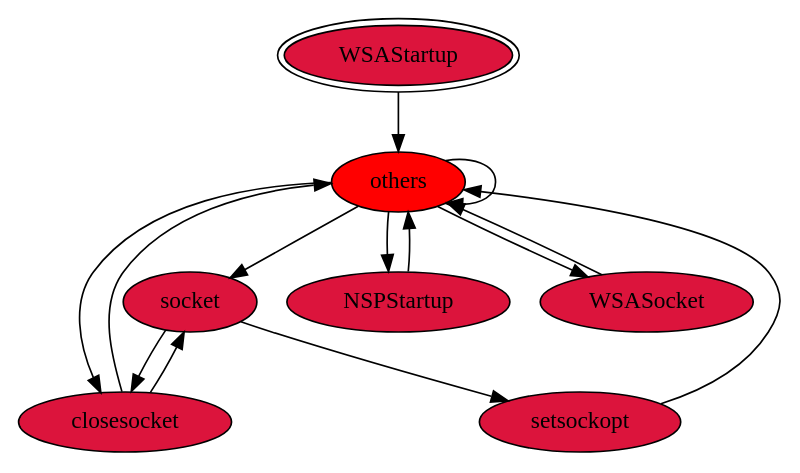
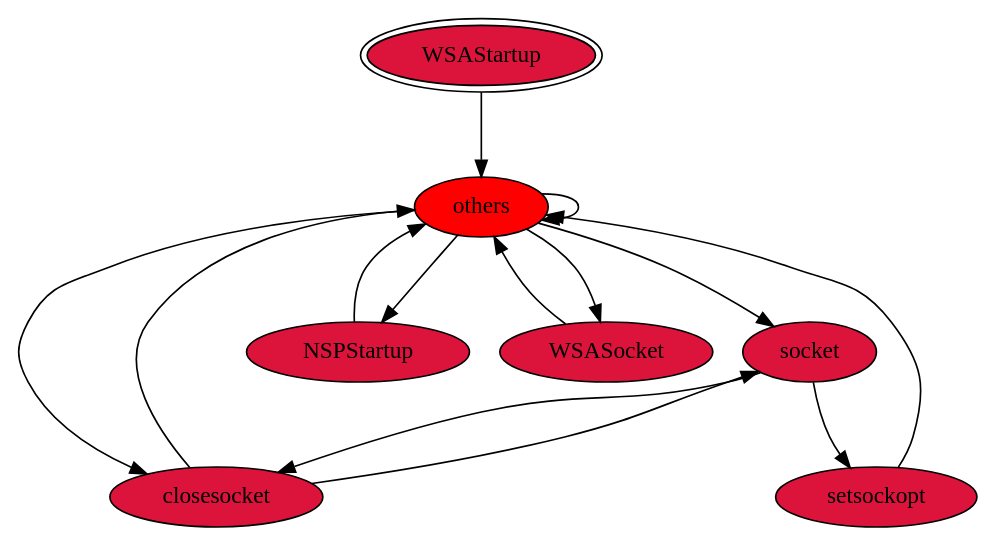
One commit to reverseame/windows-behavior-catalog changed the diagram in [OC0006] Communication/[C0005] WinINet Communication/[C0005.003] InternetOpenURL/gv/InternetOpenUrl.exe_4564_Windows Sockets (Winsock)_API_per_Category_Transition_Matrix.gv. Above: the diagram before and after it, drawn with Graphviz. The commit also changed 220 other files, not shown here.

```diff
--- a/[OC0006] Communication/[C0005] WinINet Communication/[C0005.003] InternetOpenURL/gv/InternetOpenUrl.exe_4564_Windows Sockets (Winsock)_API_per_Category_Transition_Matrix.gv
+++ b/[OC0006] Communication/[C0005] WinINet Communication/[C0005.003] InternetOpenURL/gv/InternetOpenUrl.exe_4564_Windows Sockets (Winsock)_API_per_Category_Transition_Matrix.gv
@@ -1,22 +1,22 @@
 digraph "./REPORTS/6755/API_PER_CATEGORY/InternetOpenUrl.exe_4564_Windows Sockets (Winsock)_API_per_Category_Transition_Matrix" {
 	WSAStartup [label=WSAStartup fillcolor=crimson peripheries=2 style=filled]
 	others [label=others fillcolor=red style=filled]
-	WSAStartup -> others [label=""]
-	others -> others [label=""]
+	WSAStartup -> others [label=1.0 fontcolor=white]
+	others -> others [label=0.9949 fontcolor=white]
 	socket [label=socket fillcolor=crimson style=filled]
-	others -> socket [label=""]
+	others -> socket [label=0.002 fontcolor=white]
 	closesocket [label=closesocket fillcolor=crimson style=filled]
-	others -> closesocket [label=""]
+	others -> closesocket [label=0.001 fontcolor=white]
 	NSPStartup [label=NSPStartup fillcolor=crimson style=filled]
-	others -> NSPStartup [label=""]
+	others -> NSPStartup [label=0.001 fontcolor=white]
 	WSASocket [label=WSASocket fillcolor=crimson style=filled]
-	others -> WSASocket [label=""]
+	others -> WSASocket [label=0.001 fontcolor=white]
 	setsockopt [label=setsockopt fillcolor=crimson style=filled]
-	socket -> setsockopt [label=""]
-	socket -> closesocket [label=""]
-	setsockopt -> others [label=""]
-	closesocket -> others [label=""]
-	closesocket -> socket [label=""]
-	NSPStartup -> others [label=""]
-	WSASocket -> others [label=""]
+	socket -> setsockopt [label=0.3333 fontcolor=white]
+	socket -> closesocket [label=0.6667 fontcolor=white]
+	setsockopt -> others [label=1.0 fontcolor=white]
+	closesocket -> others [label=0.6667 fontcolor=white]
+	closesocket -> socket [label=0.3333 fontcolor=white]
+	NSPStartup -> others [label=1.0 fontcolor=white]
+	WSASocket -> others [label=1.0 fontcolor=white]
 }
```
